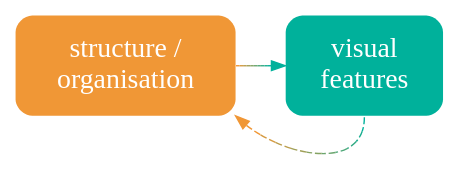
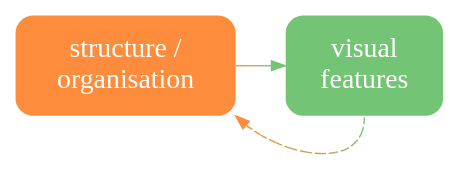
The diagram in Diagrams/org-vis-decode.dot (pmur002/hdvw), drawn with Graphviz before and after one commit. The commit also changed 676 other files, not shown here.

```diff
--- a/Diagrams/org-vis-decode.dot
+++ b/Diagrams/org-vis-decode.dot
@@ -1,9 +1,9 @@
 digraph {
   graph [ rankdir=LR; margin=.2; nodesep=.5 ];
   node [ fontsize=20; fontname="sans bold"; margin=.2 ];
-  org [ label="structure /\norganisation"; shape=box; style="filled, rounded"; penwidth=0; fontcolor=white; fillcolor="#F09736" ]
+  org [ label="structure /\norganisation"; shape=box; style="filled, rounded"; penwidth=0; fontcolor=white; fillcolor="#FD8D3C" ]
   vis [ label="visual\nfeatures"; shape=box;
-     style="filled, rounded"; penwidth=0; fontcolor=white; fillcolor="#00B19B" ]
-  org -> vis [ color="#F09736;0.1:#D59A41;0.1:#BB9D4C;0.1:#A0A058;0.1:#85A363;0.1:#6BA56E;0.1:#50A879;0.1:#35AB85;0.1:#1BAE90;0.1:#00B19B;0.1" ]
-  vis:s -> org:se [ style="dashed", color="#00B19B;0.1:#1BAE90;0.1:#35AB85;0.1:#50A879;0.1:#6BA56E;0.1:#85A363;0.1:#A0A058;0.1:#BB9D4C;0.1:#D59A41;0.1:#F09736;0.1" ]
+     style="filled, rounded"; penwidth=0; fontcolor=white; fillcolor="#74C476" ]
+  org -> vis [ color="#FD8D3C;0.1:#EE9342;0.1:#DF9949;0.1:#CF9F4F;0.1:#C0A556;0.1:#B1AC5C;0.1:#A2B263;0.1:#92B869;0.1:#83BE70;0.1:#74C476;0.1" ]
+  vis:s -> org:se [ style="dashed", color="#74C476;0.1:#83BE70;0.1:#92B869;0.1:#A2B263;0.1:#B1AC5C;0.1:#C0A556;0.1:#CF9F4F;0.1:#DF9949;0.1:#EE9342;0.1:#FD8D3C;0.1" ]
 }
```
